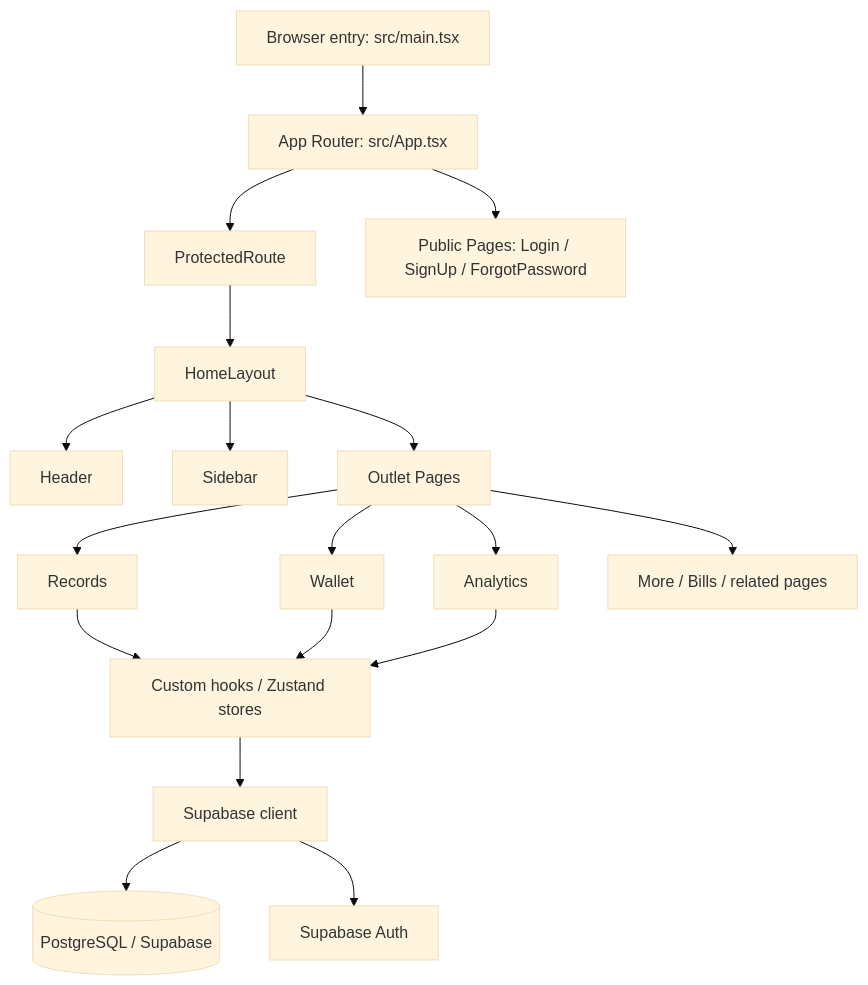
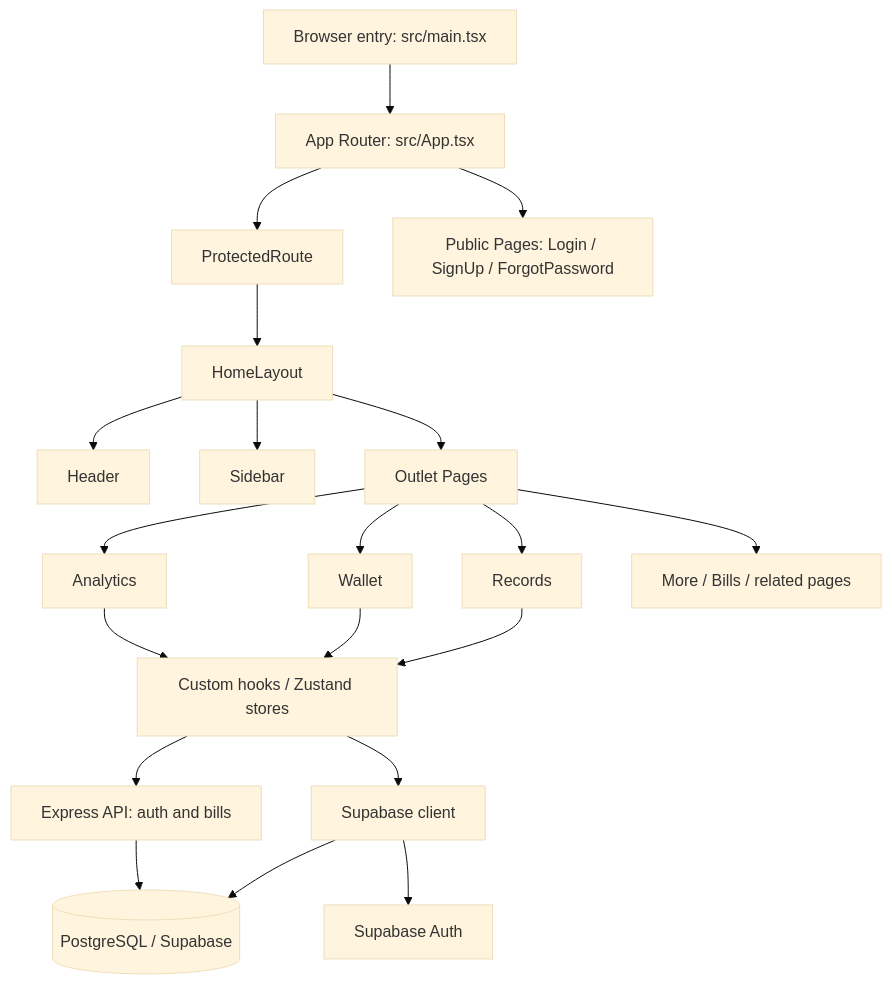
Before and after one commit to JcFaderanga/financial-management: the diagram in frontend/PROJECT_DOCUMENTATION.md, drawn with Mermaid (base theme). The commit also changed other lines of this file and 2 other files, not shown here.

````diff
--- a/frontend/PROJECT_DOCUMENTATION.md
+++ b/frontend/PROJECT_DOCUMENTATION.md
@@ -336,21 +355,23 @@
 ```mermaid
 flowchart TD
     A[Browser entry: src/main.tsx] --> B[App Router: src/App.tsx]
     B --> C[ProtectedRoute]
     B --> D[Public Pages: Login / SignUp / ForgotPassword]
     C --> E[HomeLayout]
     E --> F[Header]
     E --> G[Sidebar]
     E --> H[Outlet Pages]
     H --> I[Records]
     H --> J[Wallet]
     H --> K[Analytics]
     H --> L[More / Bills / related pages]
 
     I --> M[Custom hooks / Zustand stores]
     J --> M
     K --> M
     M --> N[Supabase client]
     N --> O[(PostgreSQL / Supabase)]
     N --> P[Supabase Auth]
+    M --> Q[Express API: auth and bills]
+    Q --> O
 ```
````
